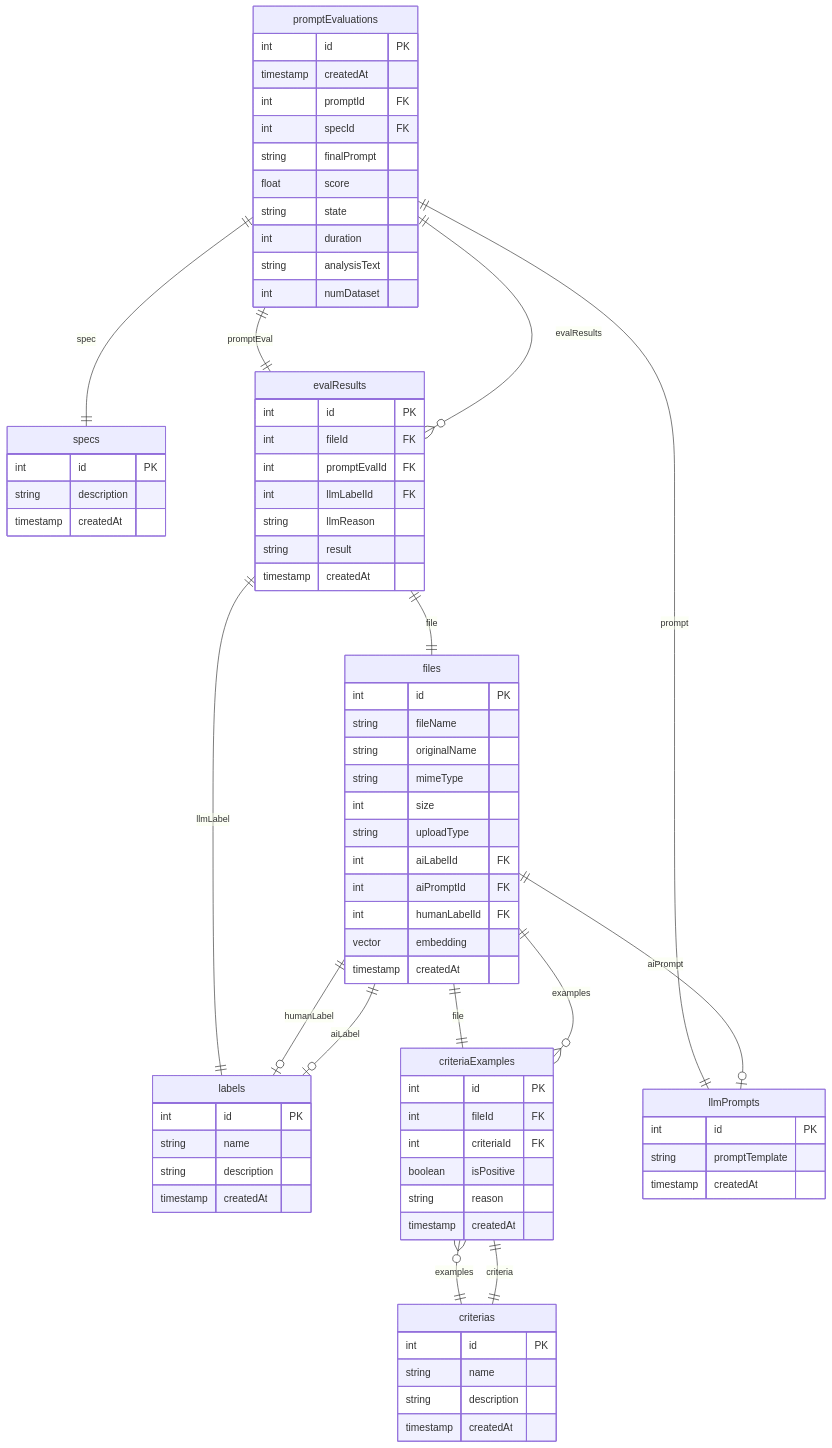
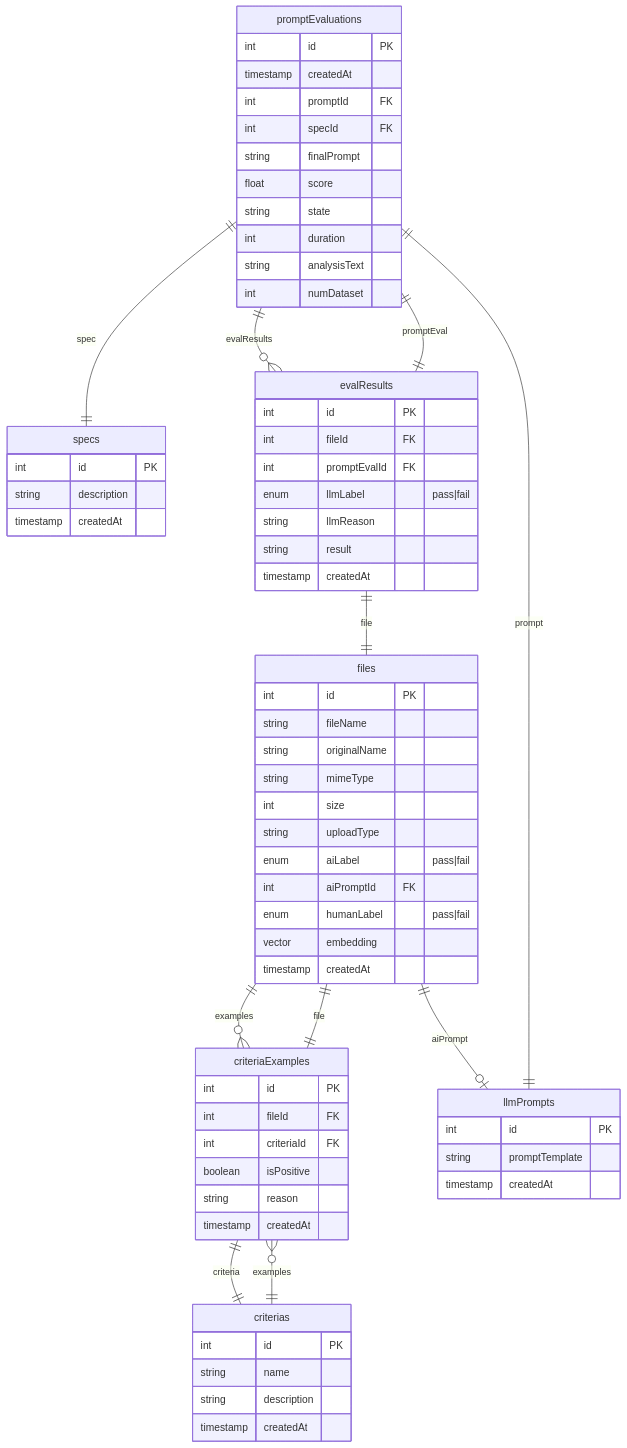
The diagram in README.md (msrks/llmbox), drawn with Mermaid before and after one commit. The commit also changed 4 other files, not shown here.

First line of the commit message:
Replace labels with enum-based labeling in files and eval results

````diff
--- a/README.md
+++ b/README.md
@@ -38,81 +38,72 @@
 ```mermaid
 erDiagram
     files {
         int id PK
         string fileName
         string originalName
         string mimeType
         int size
         string uploadType
-        int aiLabelId FK
+        enum aiLabel "pass|fail"
         int aiPromptId FK
-        int humanLabelId FK
+        enum humanLabel "pass|fail"
         vector embedding
-        timestamp createdAt
-    }
-    labels {
-        int id PK
-        string name
-        string description
         timestamp createdAt
     }
     criterias {
         int id PK
         string name
         string description
         timestamp createdAt
     }
     criteriaExamples {
         int id PK
         int fileId FK
         int criteriaId FK
         boolean isPositive
         string reason
         timestamp createdAt
     }
     llmPrompts {
         int id PK
         string promptTemplate
         timestamp createdAt
     }
     specs {
         int id PK
         string description
         timestamp createdAt
     }
     promptEvaluations {
         int id PK
         timestamp createdAt
         int promptId FK
         int specId FK
         string finalPrompt
         float score
         string state
         int duration
         string analysisText
         int numDataset
     }
     evalResults {
         int id PK
         int fileId FK
         int promptEvalId FK
-        int llmLabelId FK
+        enum llmLabel "pass|fail"
         string llmReason
         string result
         timestamp createdAt
     }
 
-    files ||--o| labels : "aiLabel"
-    files ||--o| labels : "humanLabel"
     files ||--o| llmPrompts : "aiPrompt"
     files ||--o{ criteriaExamples : "examples"
     criterias ||--o{ criteriaExamples : "examples"
     criteriaExamples ||--|| files : "file"
     criteriaExamples ||--|| criterias : "criteria"
     promptEvaluations ||--|| llmPrompts : "prompt"
     promptEvaluations ||--|| specs : "spec"
     promptEvaluations ||--o{ evalResults : "evalResults"
     evalResults ||--|| files : "file"
     evalResults ||--|| promptEvaluations : "promptEval"
-    evalResults ||--|| labels : "llmLabel"
 ```
````
